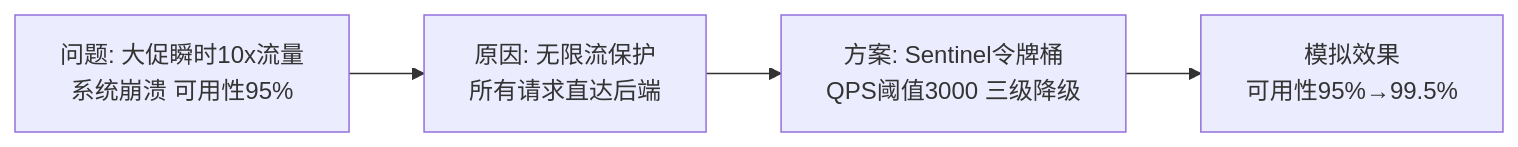
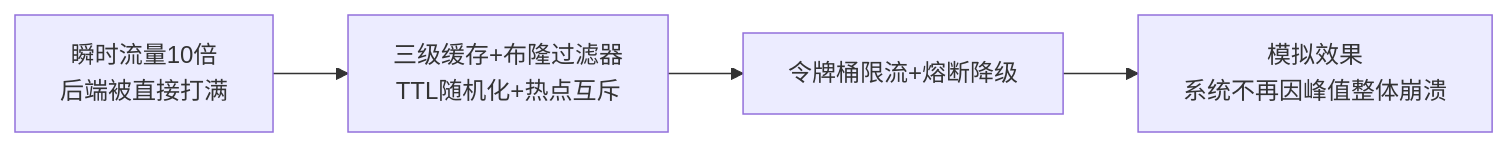
Before and after one commit to EdgarLQS/SoftwareArchitectureExamGuide: the second of 5 diagrams in 02-论文专题/0011-性能优化/00-大纲记忆卡.md, drawn with Mermaid. The commit also changed other lines of this file, not shown here.

````diff
--- a/02-论文专题/0011-性能优化/00-大纲记忆卡.md
+++ b/02-论文专题/0011-性能优化/00-大纲记忆卡.md
@@ -62,6 +51,6 @@
 ```mermaid
 flowchart LR
-    A["问题: 大促瞬时10x流量<br/>系统崩溃 可用性95%"] --> B["原因: 无限流保护<br/>所有请求直达后端"]
-    B --> C["方案: Sentinel令牌桶<br/>QPS阈值3000 三级降级"]
-    C --> D["模拟效果<br/>可用性95%→99.5%"]
+    A["瞬时流量10倍<br/>后端被直接打满"] --> B["三级缓存+布隆过滤器<br/>TTL随机化+热点互斥"]
+    B --> C["令牌桶限流+熔断降级"]
+    C --> D["模拟效果<br/>系统不再因峰值整体崩溃"]
 ```
````
